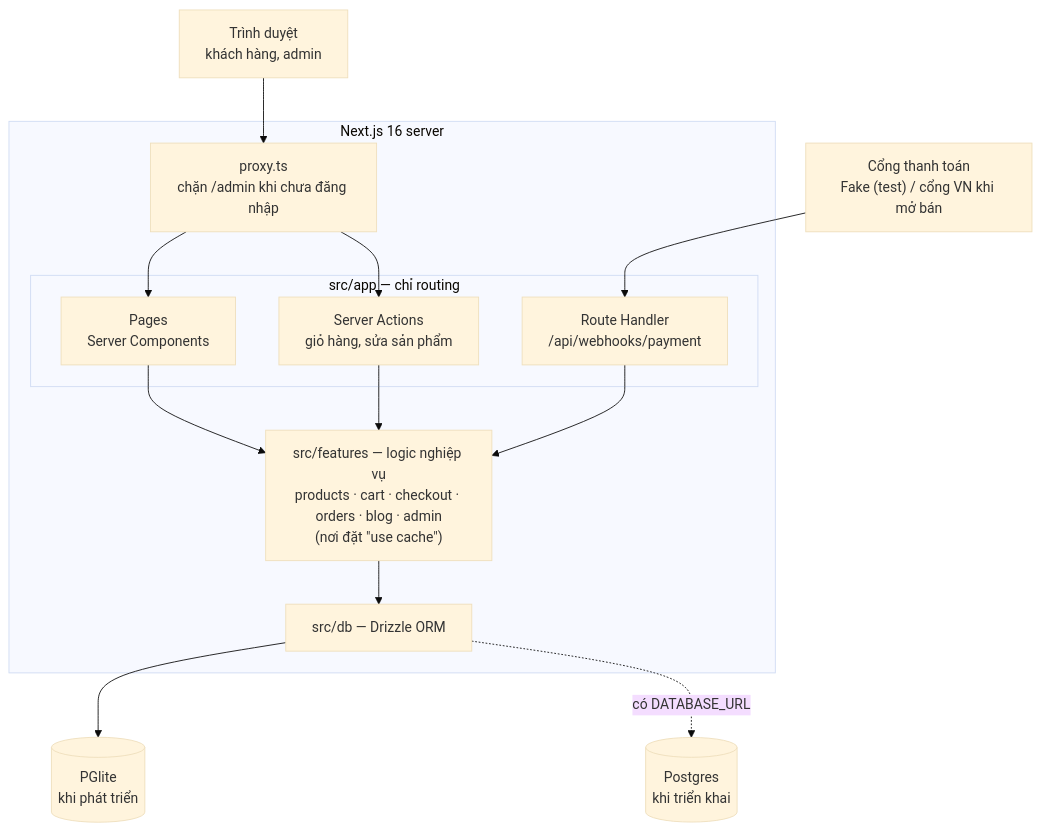
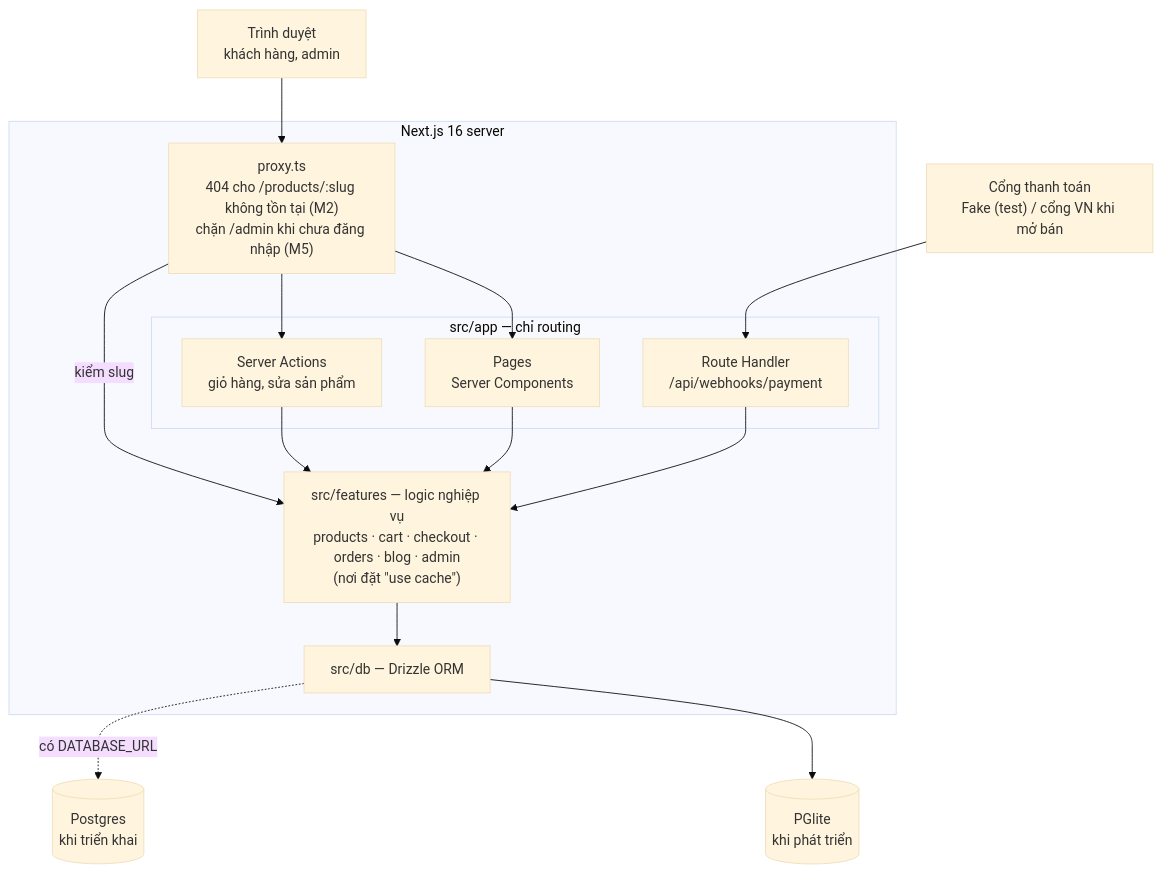
Before and after one commit to chinhpham208/next-store: the first of 6 diagrams in docs/architecture.md, drawn with Mermaid (base theme). The commit also changed 16 other files, not shown here.

First line of the commit message:
NS-49 proxy trả 404 thật cho slug không tồn tại (#26)

````diff
--- a/docs/architecture.md
+++ b/docs/architecture.md
@@ -9,25 +9,26 @@
 ```mermaid
 flowchart TB
   browser["Trình duyệt<br/>khách hàng, admin"]
   payment["Cổng thanh toán<br/>Fake (test) / cổng VN khi mở bán"]
 
   subgraph next["Next.js 16 server"]
-    proxy["proxy.ts<br/>chặn /admin khi chưa đăng nhập"]
+    proxy["proxy.ts<br/>404 cho /products/:slug không tồn tại (M2)<br/>chặn /admin khi chưa đăng nhập (M5)"]
     subgraph app["src/app — chỉ routing"]
       pages["Pages<br/>Server Components"]
       actions["Server Actions<br/>giỏ hàng, sửa sản phẩm"]
       route["Route Handler<br/>/api/webhooks/payment"]
     end
     features["src/features — logic nghiệp vụ<br/>products · cart · checkout · orders · blog · admin<br/>(nơi đặt &quot;use cache&quot;)"]
     db["src/db — Drizzle ORM"]
   end
 
   pglite[("PGlite<br/>khi phát triển")]
   postgres[("Postgres<br/>khi triển khai")]
 
   browser --> proxy --> pages & actions
   payment --> route
   pages & actions & route --> features --> db
+  proxy -->|kiểm slug| features
   db --> pglite
   db -.->|có DATABASE_URL| postgres
 ```
````
